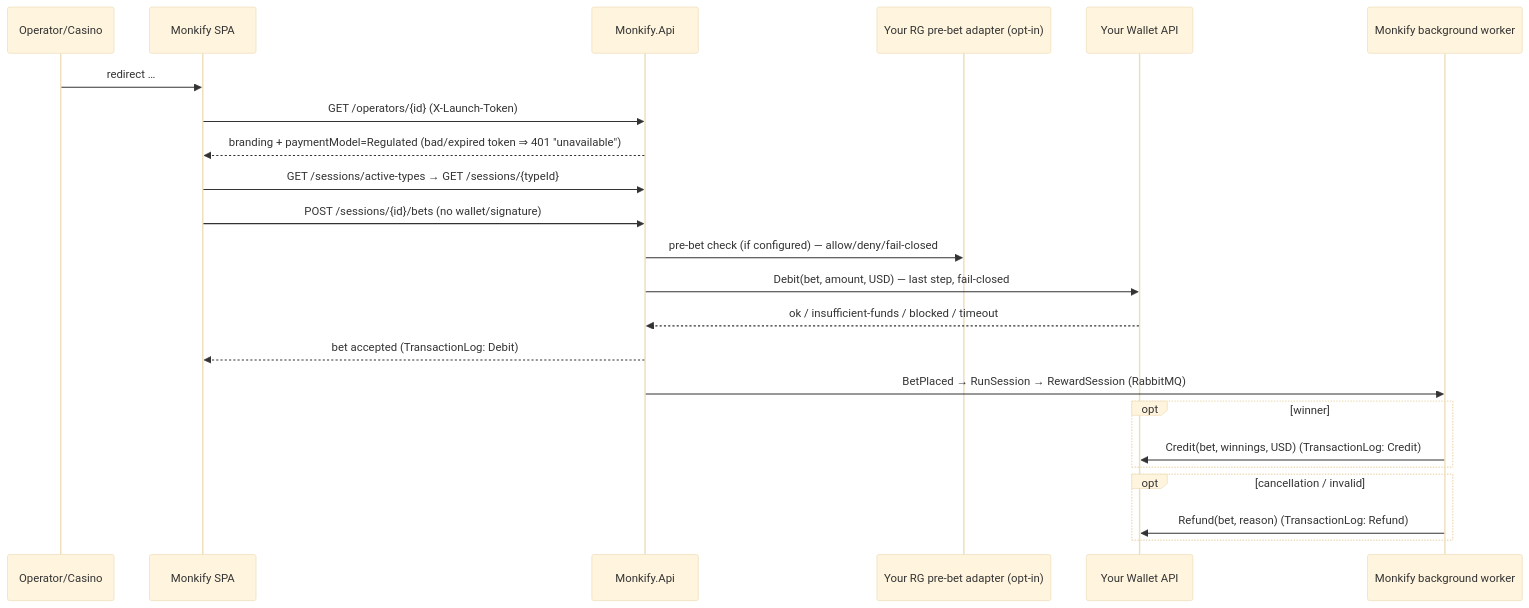
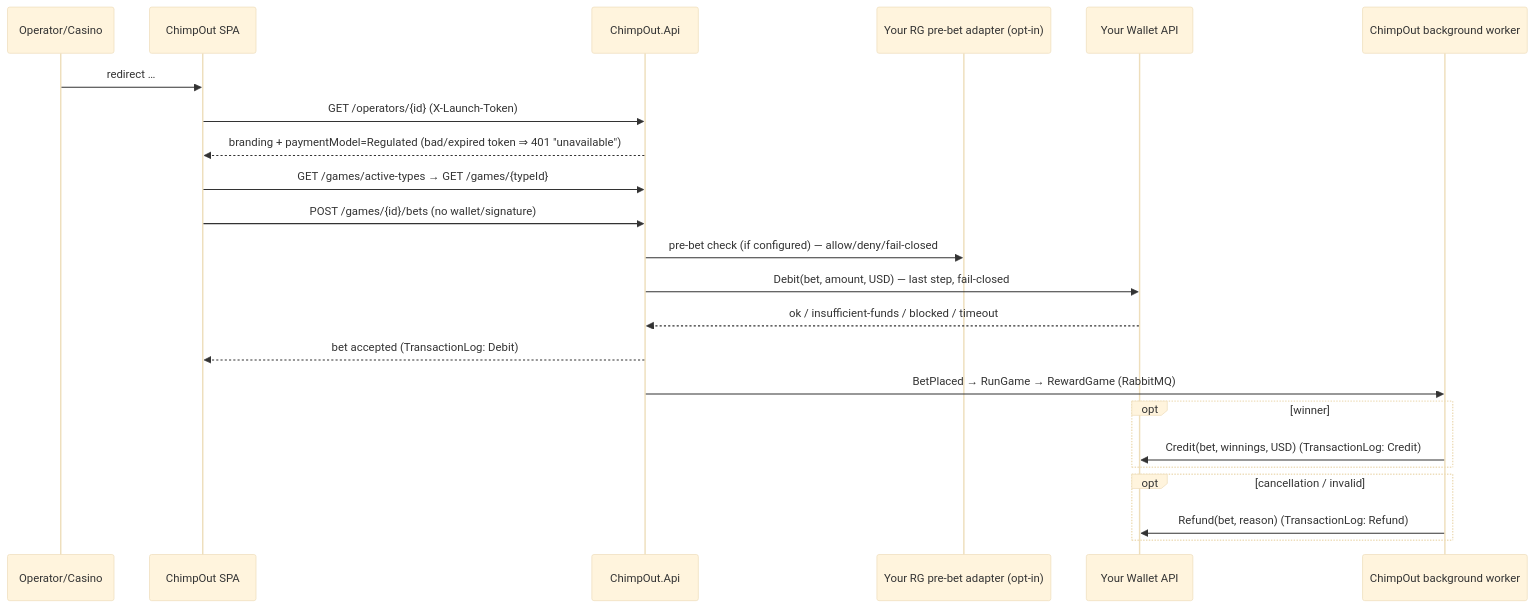
One commit to marcusruas/monkify-meta changed the first of 2 diagrams in specs/sales-technical-documents.md. Above: the diagram before and after it, drawn with Mermaid (base theme). The commit also changed other lines of this file and 57 other files, not shown here.

First line of the commit message:
Rebrand: Monkify->ChimpOut, Session->Game in KB prose (monkify-meta)

````diff
--- a/specs/sales-technical-documents.md
+++ b/specs/sales-technical-documents.md
@@ -273,26 +273,26 @@
 ```mermaid
 sequenceDiagram
   participant Casino as Operator/Casino
-  participant SPA as Monkify SPA
-  participant API as Monkify.Api
+  participant SPA as ChimpOut SPA
+  participant API as ChimpOut.Api
   participant RG as Your RG pre-bet adapter (opt-in)
   participant Wallet as Your Wallet API
-  participant Cons as Monkify background worker
+  participant Cons as ChimpOut background worker
 
   Casino->>SPA: redirect …#launch_token=<jwt> (RS256, iss + sub=ExternalPlayerId)
   SPA->>API: GET /operators/{id} (X-Launch-Token)
   API-->>SPA: branding + paymentModel=Regulated  (bad/expired token ⇒ 401 "unavailable")
-  SPA->>API: GET /sessions/active-types → GET /sessions/{typeId}
-  SPA->>API: POST /sessions/{id}/bets (no wallet/signature)
+  SPA->>API: GET /games/active-types → GET /games/{typeId}
+  SPA->>API: POST /games/{id}/bets (no wallet/signature)
   API->>RG: pre-bet check (if configured) — allow/deny/fail-closed
   API->>Wallet: Debit(bet, amount, USD)  — last step, fail-closed
   Wallet-->>API: ok / insufficient-funds / blocked / timeout
   API-->>SPA: bet accepted (TransactionLog: Debit)
-  API->>Cons: BetPlaced → RunSession → RewardSession (RabbitMQ)
+  API->>Cons: BetPlaced → RunGame → RewardGame (RabbitMQ)
   opt winner
     Cons->>Wallet: Credit(bet, winnings, USD)  (TransactionLog: Credit)
   end
   opt cancellation / invalid
     Cons->>Wallet: Refund(bet, reason)  (TransactionLog: Refund)
   end
 ```
````
